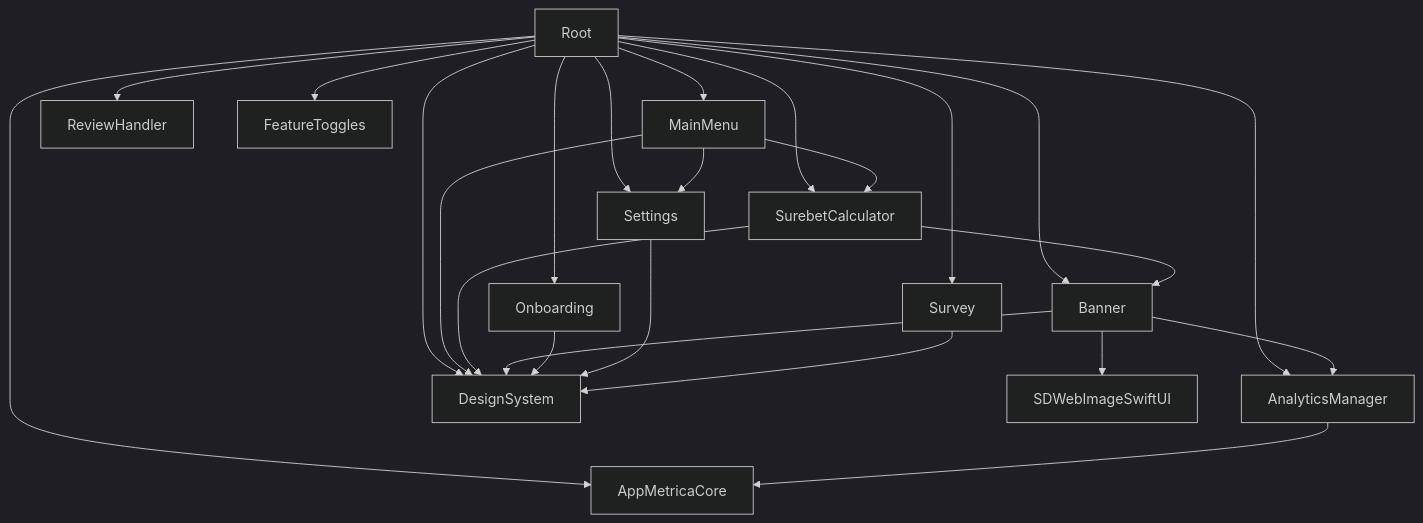
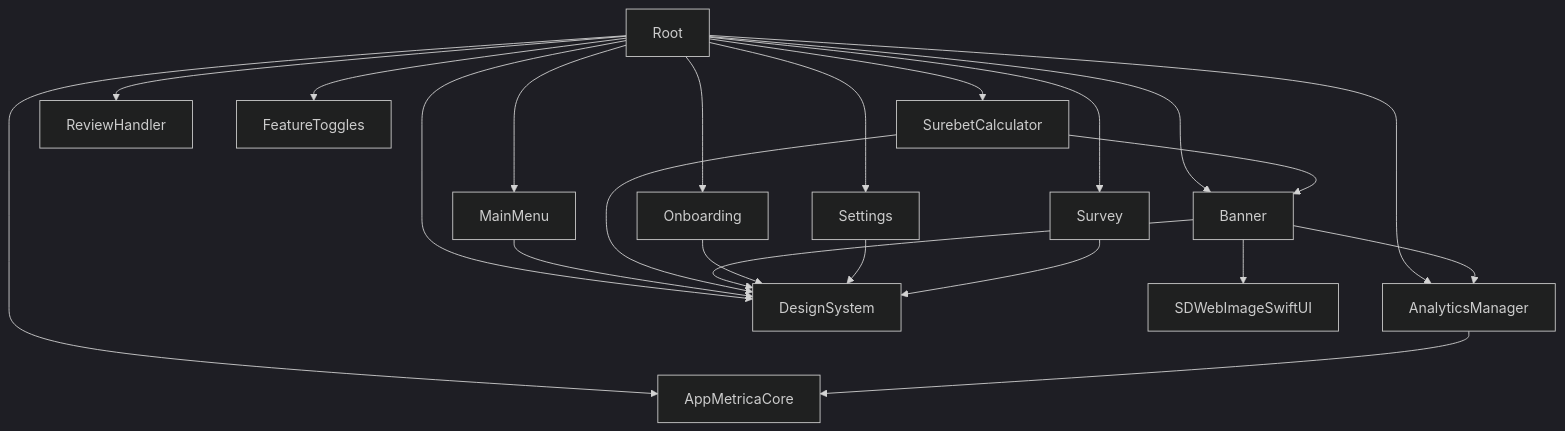
The diagram in docs/reference/DEPENDENCY_GRAPH.md (IaroslavAl/surebet-calculator-ios), drawn with Mermaid (dark theme) before and after one commit. The commit also changed other lines of this file and 3 other files, not shown here.

Commit message:
docs(architecture): document path-based navigation and module contracts

````diff
--- a/docs/reference/DEPENDENCY_GRAPH.md
+++ b/docs/reference/DEPENDENCY_GRAPH.md
@@ -5,31 +5,29 @@
 ```mermaid
 graph TD
     Root --> SurebetCalculator
     Root --> Banner
     Root --> MainMenu
     Root --> Onboarding
     Root --> Settings
     Root --> ReviewHandler
     Root --> Survey
     Root --> FeatureToggles
     Root --> AnalyticsManager
     Root --> DesignSystem
     Root --> AppMetricaCore
 
-    MainMenu --> SurebetCalculator
-    MainMenu --> Settings
     MainMenu --> DesignSystem
 
     SurebetCalculator --> Banner
     SurebetCalculator --> DesignSystem
 
     Banner --> AnalyticsManager
     Banner --> SDWebImageSwiftUI
     Banner --> DesignSystem
 
     Onboarding --> DesignSystem
     Settings --> DesignSystem
     Survey --> DesignSystem
 
     AnalyticsManager --> AppMetricaCore
 ```
````
